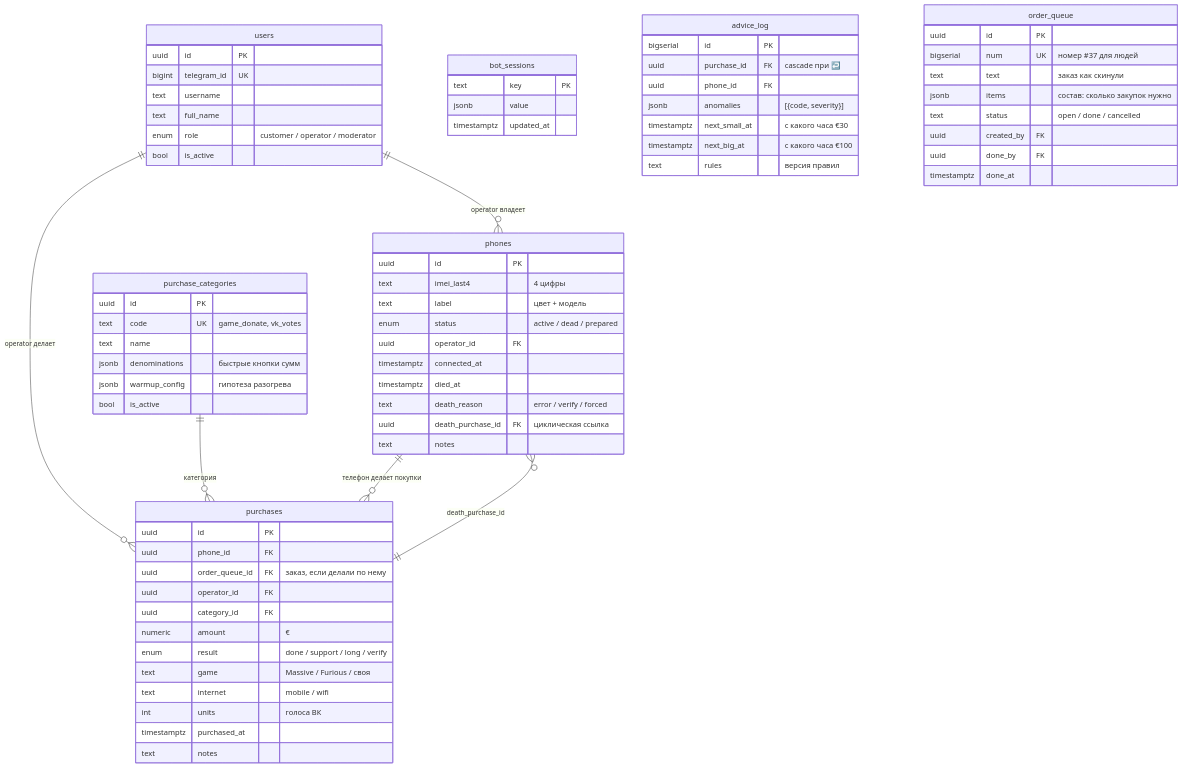
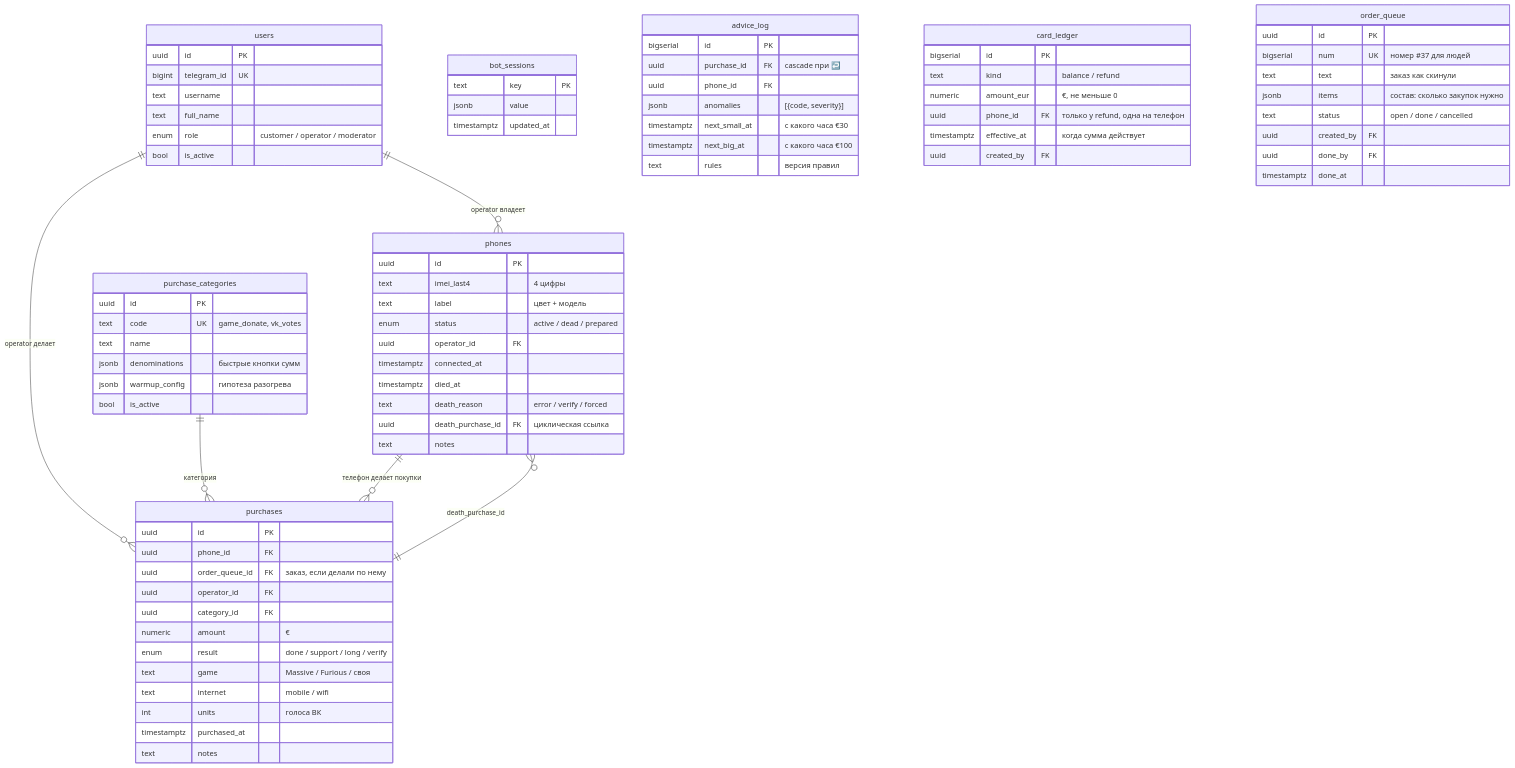
One commit to Diaman21/donat-system changed the diagram in docs/db-schema.md. Above: the diagram before and after it, drawn with Mermaid. The commit also changed other lines of this file and 7 other files, not shown here.

First line of the commit message:
docs: бюджет на карте — CLAUDE/AGENTS, схема БД, HANDOFF, TODO, README, история

```diff
--- a/docs/db-schema.md
+++ b/docs/db-schema.md
@@ -100,6 +102,15 @@
         text rules "версия правил"
     }
 
+    card_ledger {
+        bigserial id PK
+        text kind "balance / refund"
+        numeric amount_eur "€, не меньше 0"
+        uuid phone_id FK "только у refund, одна на телефон"
+        timestamptz effective_at "когда сумма действует"
+        uuid created_by FK
+    }
+
     order_queue {
         uuid id PK
         bigserial num UK "номер #37 для людей"
```
